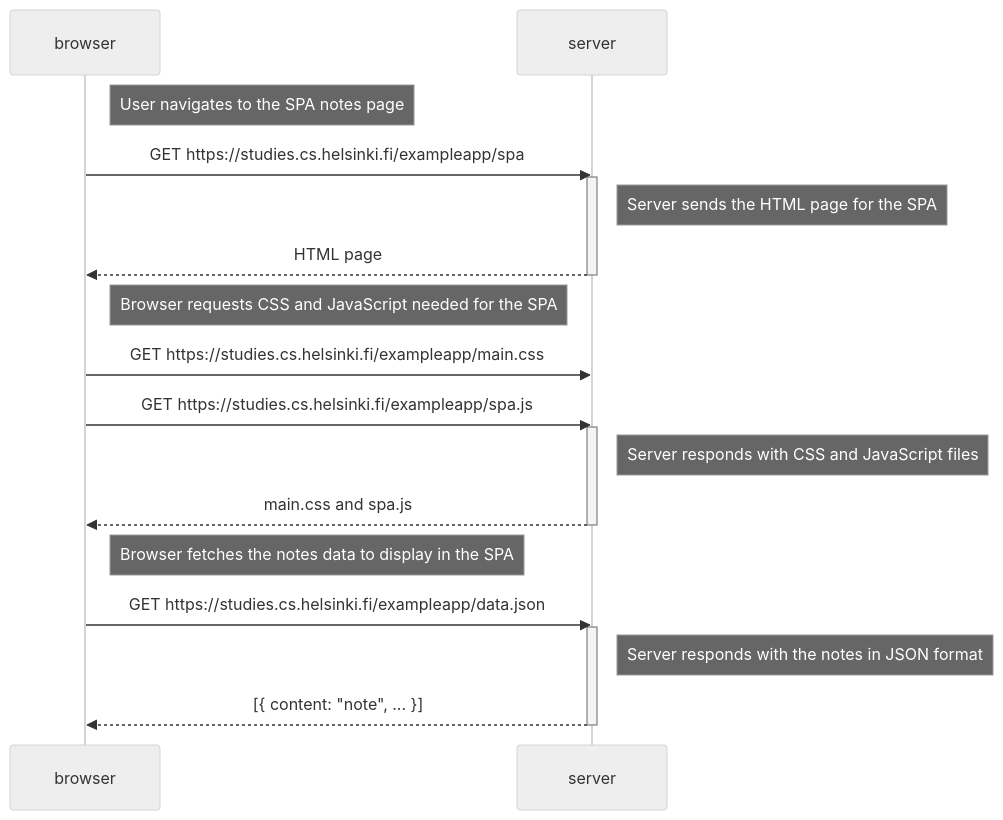
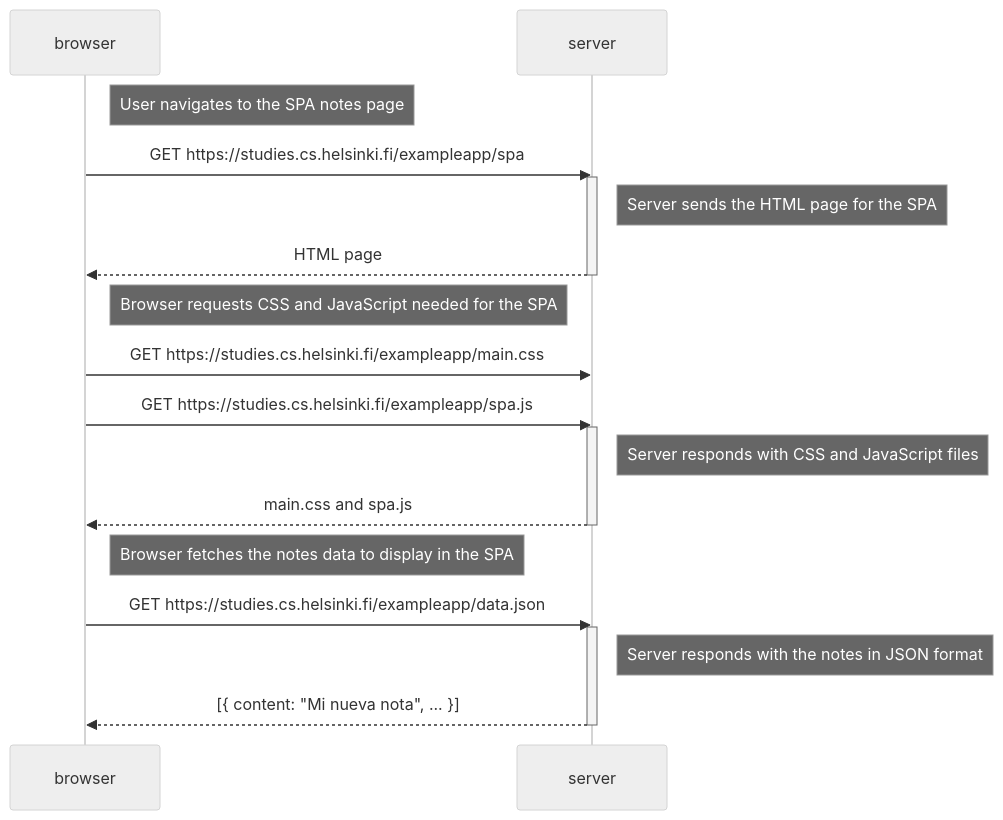
One commit to cesarlpzdj/fso-submission changed the diagram in part0/spa.md. Above: the diagram before and after it, drawn with Mermaid (neutral theme).

````diff
--- a/part0/spa.md
+++ b/part0/spa.md
@@ -1,31 +1,31 @@
 ```mermaid
 sequenceDiagram
 
     participant browser
     participant server
 
     Note right of browser: User navigates to the SPA notes page
 
     browser->>server: GET https://studies.cs.helsinki.fi/exampleapp/spa
     activate server
     Note right of server: Server sends the HTML page for the SPA
     server-->>browser: HTML page
     deactivate server
 
     Note right of browser: Browser requests CSS and JavaScript needed for the SPA
 
     browser->>server: GET https://studies.cs.helsinki.fi/exampleapp/main.css
     browser->>server: GET https://studies.cs.helsinki.fi/exampleapp/spa.js
     activate server
     Note right of server: Server responds with CSS and JavaScript files
     server-->>browser: main.css and spa.js
     deactivate server
     
     Note right of browser: Browser fetches the notes data to display in the SPA
 
     browser->>server: GET https://studies.cs.helsinki.fi/exampleapp/data.json
     activate server
     Note right of server: Server responds with the notes in JSON format
-    server-->>browser: [{ content: "note", ... }]
+    server-->>browser: [{ content: "Mi nueva nota", ... }]
     deactivate server
 ```
````
